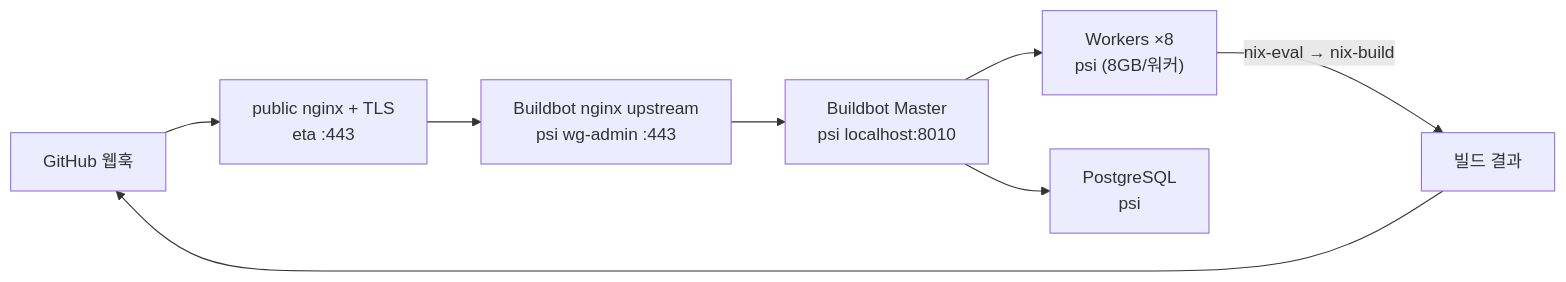
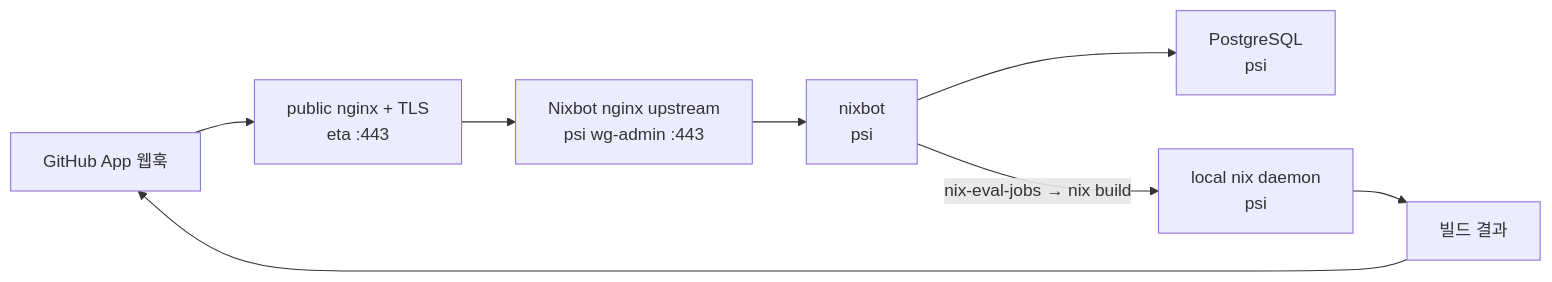
One commit to SBEE-Lab/infra changed the first of 2 diagrams in docs/admin/ci-cd.md. Above: the diagram before and after it, drawn with Mermaid. The commit also changed other lines of this file and 24 other files, not shown here.

First line of the commit message:
ci: migrate buildbot deployment to nixbot

````diff
--- a/docs/admin/ci-cd.md
+++ b/docs/admin/ci-cd.md
@@ -9,10 +9,10 @@
 ```mermaid
 flowchart LR
-  gh["GitHub 웹훅"] --> edge["public nginx + TLS<br/>eta :443"]
-  edge --> proxy["Buildbot nginx upstream<br/>psi wg-admin :443"]
-  proxy --> master["Buildbot Master<br/>psi localhost:8010"]
-  master --> w["Workers ×8<br/>psi (8GB/워커)"]
-  master --> db["PostgreSQL<br/>psi"]
-  w -- "nix-eval → nix-build" --> result["빌드 결과"]
+  gh["GitHub App 웹훅"] --> edge["public nginx + TLS<br/>eta :443"]
+  edge --> proxy["Nixbot nginx upstream<br/>psi wg-admin :443"]
+  proxy --> svc["nixbot<br/>psi"]
+  svc --> db["PostgreSQL<br/>psi"]
+  svc -- "nix-eval-jobs → nix build" --> nix["local nix daemon<br/>psi"]
+  nix --> result["빌드 결과"]
   result --> gh
 ```
````
